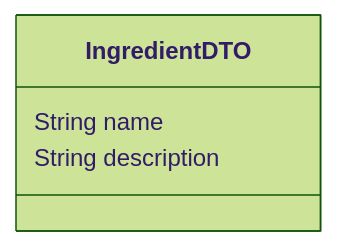
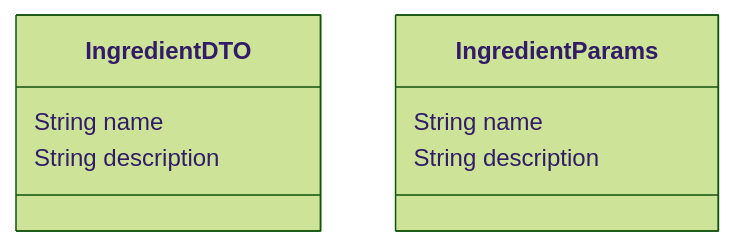
One commit to GruboKrojone/SneakFit changed the seventh of 9 diagrams in Backend/README.md. Above: the diagram before and after it, drawn with Mermaid (forest theme). The commit also changed other lines of this file, not shown here.

````diff
--- a/Backend/README.md
+++ b/Backend/README.md
@@ -1546,7 +1558,11 @@
 ```mermaid
 classDiagram
     class IngredientDTO {
         String name
         String description
     }
+    class IngredientParams {
+        String name
+        String description
+    }
 ```
````
